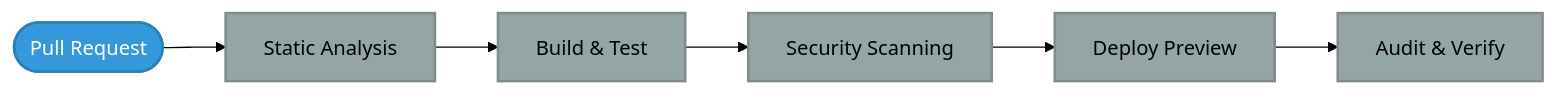
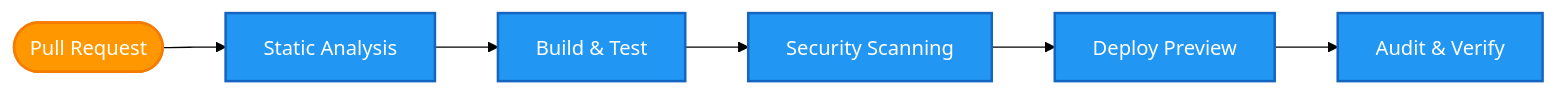
Diagram 11 of 13 in docs/architecture/WORKFLOWS.md (step-security-bot/cia-compliance-manager), drawn with Mermaid (forest theme) before and after one commit. The commit also changed other lines of this file and 27 other files, not shown here.

First line of the commit message:
fix: resolve broken mermaid diagrams and improve color coding to match ISMS style guide (#1106)

````diff
--- a/docs/architecture/WORKFLOWS.md
+++ b/docs/architecture/WORKFLOWS.md
@@ -1171,14 +1171,14 @@
 ```mermaid
 flowchart LR
     PR([Pull Request]) --> Static[Static Analysis]
     Static --> Build[Build & Test]
     Build --> Security[Security Scanning]
     Security --> Deploy[Deploy Preview]
     Deploy --> Audit[Audit & Verify]
     
-    classDef prNode fill:#3498db,stroke:#2980b9,stroke-width:2px,color:white
-    classDef phase fill:#95a5a6,stroke:#7f8c8d,stroke-width:2px,color:black
+    classDef prNode fill:#FF9800,stroke:#F57C00,stroke-width:2px,color:#ffffff
+    classDef phase fill:#2196F3,stroke:#1565C0,stroke-width:2px,color:#ffffff
     
     class PR prNode
     class Static,Build,Security,Deploy,Audit phase
 ```
````
